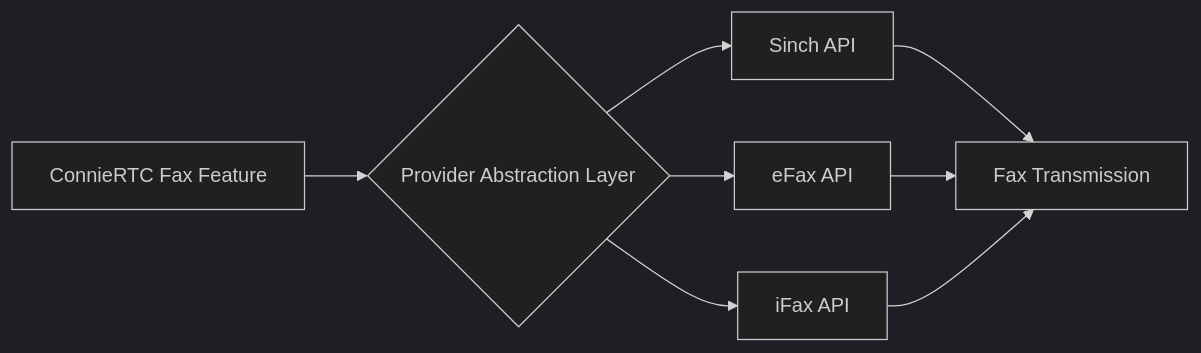
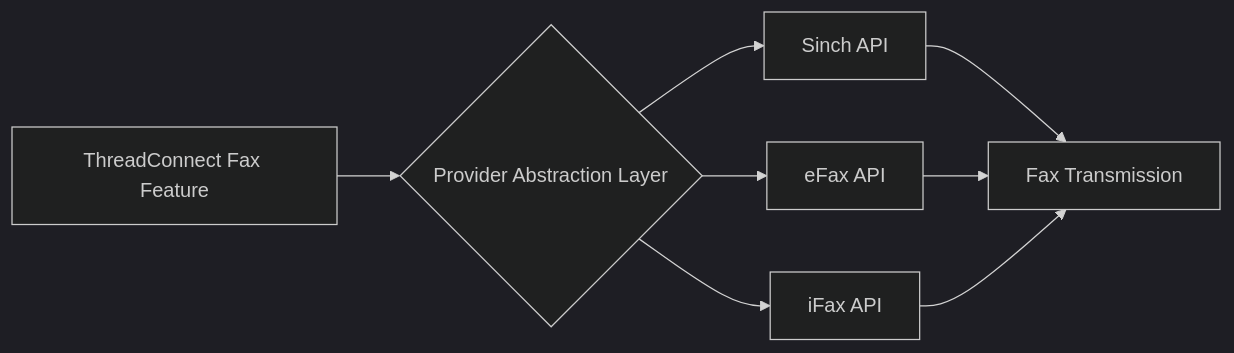
One commit to ConnieML/docs.connie changed the diagram in docs/techops/feature-deployment/feature-management/channels/fax/choose-fax-provider.md. Above: the diagram before and after it, drawn with Mermaid (dark theme). The commit also changed other lines of this file and 129 other files, not shown here.

First line of the commit message:
Rebrand ConnieRTC -> ThreadConnect across docs (CEO approval 2026-10-30, round 2)

````diff
--- a/docs/techops/feature-deployment/feature-management/channels/fax/choose-fax-provider.md
+++ b/docs/techops/feature-deployment/feature-management/channels/fax/choose-fax-provider.md
@@ -96,10 +96,10 @@
 ```mermaid
 graph LR
-    A[ConnieRTC Fax Feature] --> B{Provider Abstraction Layer}
+    A[ThreadConnect Fax Feature] --> B{Provider Abstraction Layer}
     B --> C[Sinch API]
     B --> D[eFax API]
     B --> E[iFax API]
     C --> F[Fax Transmission]
     D --> F
     E --> F
 ```
````
